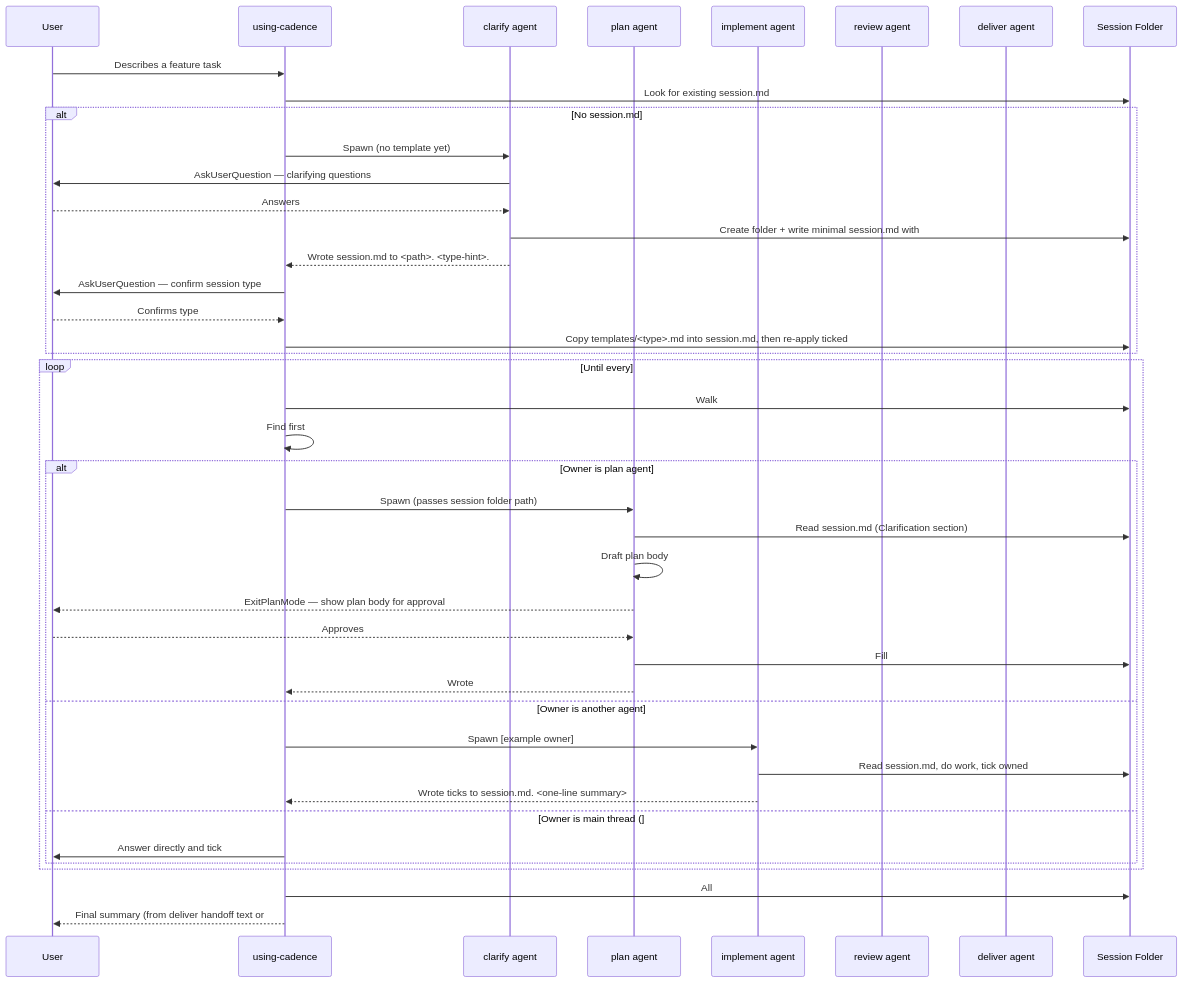
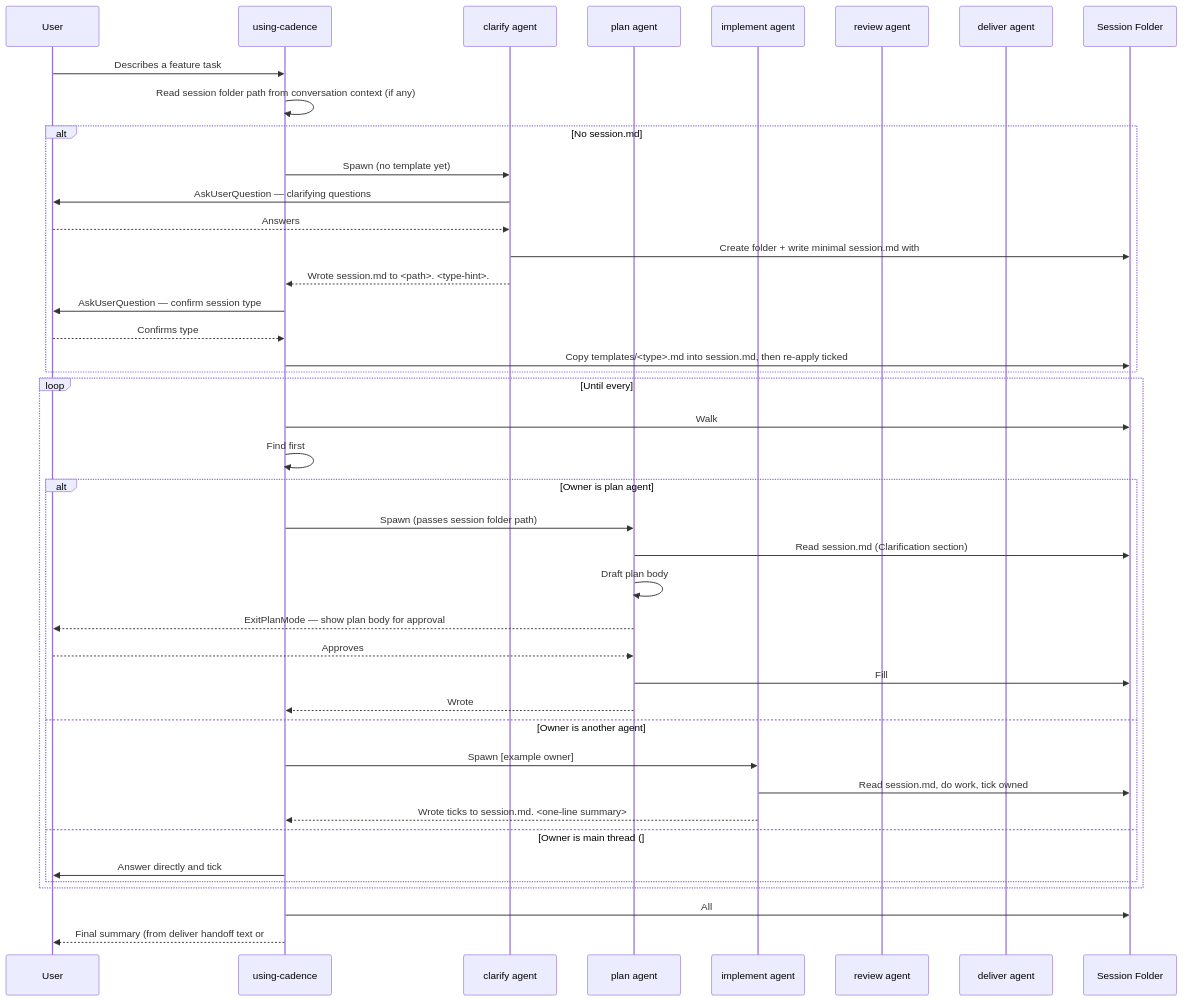
Before and after one commit to vivaxy/claude-code-plugin-graph-driven-development: the diagram in plugins/cadence/docs/c4-seq-execution.md, drawn with Mermaid. The commit also changed other lines of this file and 2 other files, not shown here.

Commit message:
feat(cadence): route via conversation context, drop filesystem session scan
The using-cadence skill now reads the active session folder absolute
path from the live conversation context (parent-agent prompt, earlier
turn, or user-supplied path) instead of scanning `.claude/sessions/`
for the newest dated folder. The resume-vs-new prompt is removed; when
no path is present in context, routing treats the request as a brand-
new session and spawns clarify. Routing Algorithm collapses to 5 steps
with cross-references in Post-Clarify Template Copy and Plan Rejection
Recovery retargeted to step 2. README Resume + skill description and
the c4-seq-execution diagram are synced to match.

````diff
--- a/plugins/cadence/docs/c4-seq-execution.md
+++ b/plugins/cadence/docs/c4-seq-execution.md
@@ -9,47 +9,47 @@
 ```mermaid
 sequenceDiagram
   participant User
   participant Routing as using-cadence
   participant Clarify as clarify agent
   participant Plan as plan agent
   participant Impl as implement agent
   participant Review as review agent
   participant Deliver as deliver agent
   participant Folder as Session Folder
 
   User->>Routing: Describes a feature task
-  Routing->>Folder: Look for existing session.md
+  Routing->>Routing: Read session folder path from conversation context (if any)
   alt No session.md
     Routing->>Clarify: Spawn (no template yet)
     Clarify->>User: AskUserQuestion — clarifying questions
     User-->>Clarify: Answers
     Clarify->>Folder: Create folder + write minimal session.md with ### Clarification ticked under ## CheckList and ## Clarification body filled
     Clarify-->>Routing: Wrote session.md to <path>. <type-hint>.
     Routing->>User: AskUserQuestion — confirm session type
     User-->>Routing: Confirms type
     Routing->>Folder: Copy templates/<type>.md into session.md, then re-apply ticked ### Clarification + filled ## Clarification body
   end
 
   loop Until every ### sub-section under ## CheckList is fully ticked
     Routing->>Folder: Walk ## CheckList top-to-bottom
     Routing->>Routing: Find first ### Sub-section with any unchecked item; look up owner
     alt Owner is plan agent
       Routing->>Plan: Spawn (passes session folder path)
       Plan->>Folder: Read session.md (Clarification section)
       Plan->>Plan: Draft plan body
       Plan-->>User: ExitPlanMode — show plan body for approval
       User-->>Plan: Approves
       Plan->>Folder: Fill ## Plan blanks, populate ### Implementation work items, tick ### Plan
       Plan-->>Routing: Wrote ## Plan to session.md. <one-line summary>
     else Owner is another agent
       Routing->>Impl: Spawn [example owner]
       Impl->>Folder: Read session.md, do work, tick owned ### sub-section, fill matching ## body
       Impl-->>Routing: Wrote ticks to session.md. <one-line summary>
     else Owner is main thread (### Answer)
       Routing->>User: Answer directly and tick ### Answer items
     end
   end
 
   Routing->>Folder: All ### sub-sections ticked — pick terminal output (deliver agent handoff for build/analysis sessions, ## Answer body for trivial sessions)
   Routing-->>User: Final summary (from deliver handoff text or ## Answer body — never read from a ### Final Summary block)
 ```
````
